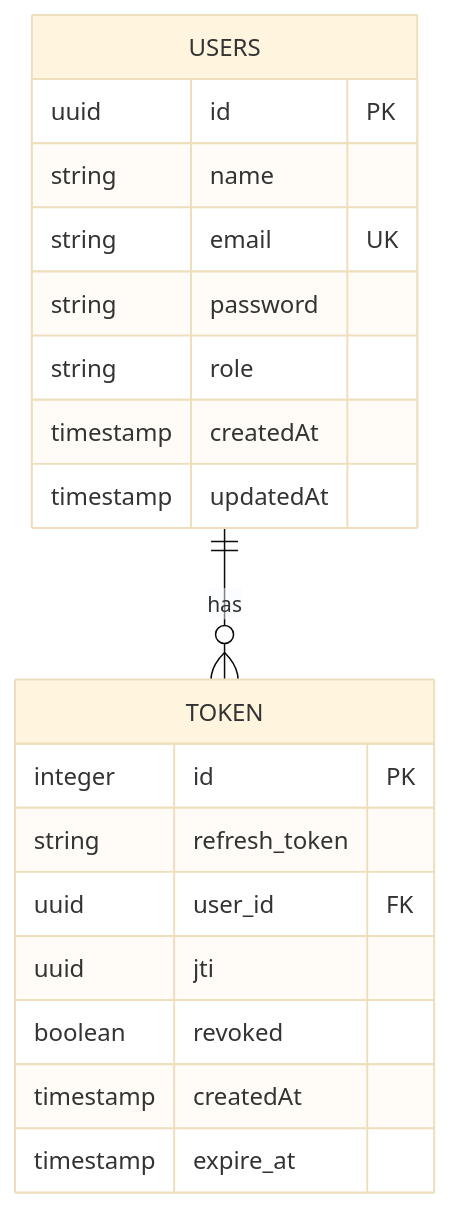
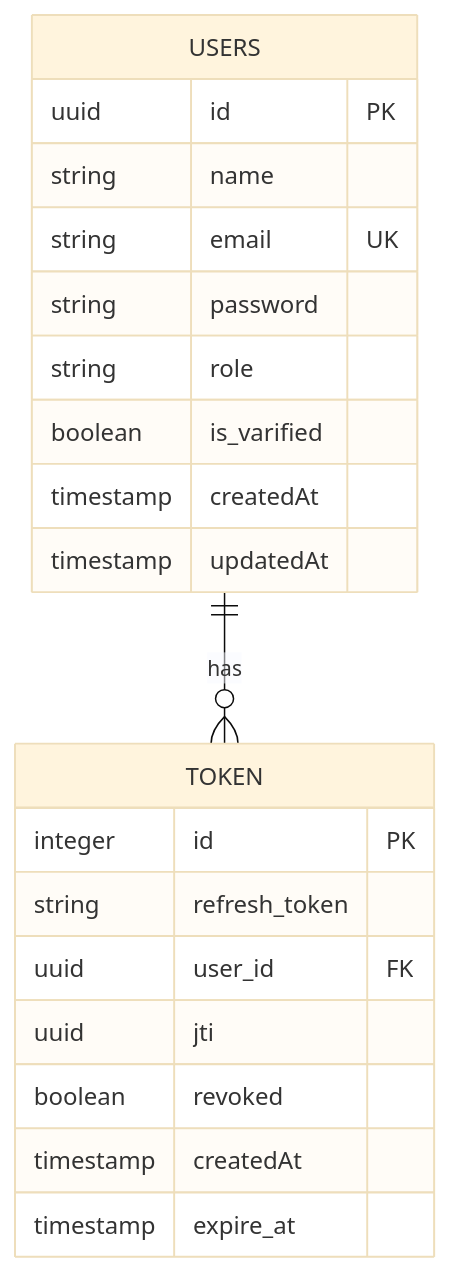
The third of 4 diagrams in .qoder/repowiki/en/content/API Reference/API Reference.md (srikant-panda/auth-service), drawn with Mermaid (base theme) before and after one commit. The commit also changed other lines of this file and 11 other files, not shown here.

````diff
--- a/.qoder/repowiki/en/content/API Reference/API Reference.md
+++ b/.qoder/repowiki/en/content/API Reference/API Reference.md
@@ -357,22 +487,23 @@
 ```mermaid
 erDiagram
 USERS {
 uuid id PK
 string name
 string email UK
 string password
 string role
+boolean is_varified
 timestamp createdAt
 timestamp updatedAt
 }
 TOKEN {
 integer id PK
 string refresh_token
 uuid user_id FK
 uuid jti
 boolean revoked
 timestamp createdAt
 timestamp expire_at
 }
 USERS ||--o{ TOKEN : has
 ```
````
